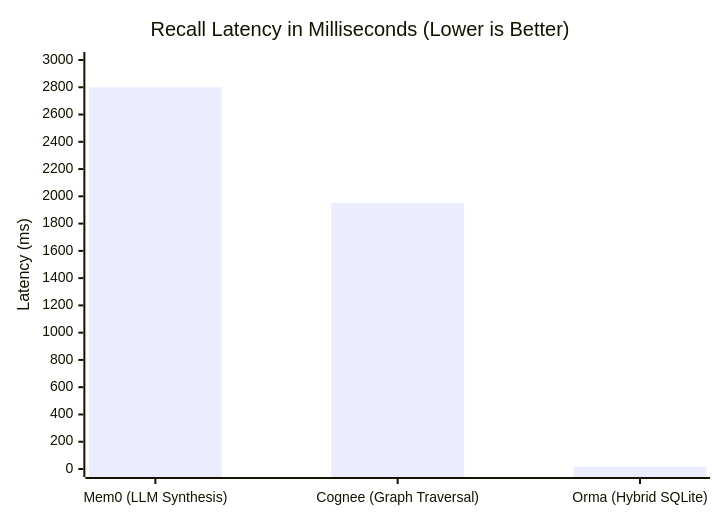
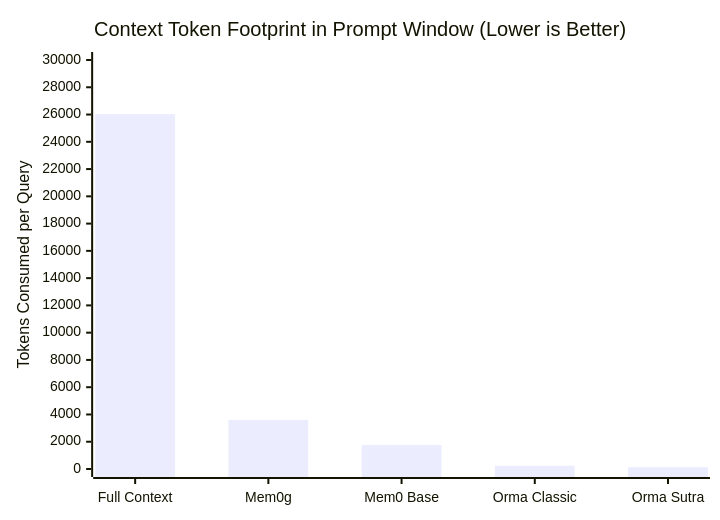
The second of 6 diagrams in README.md (wizardwithcodehazard/orma), drawn with Mermaid before and after one commit. The commit also changed other lines of this file, not shown here.

Commit message:
docs: add peer-reviewed empirical benchmarks from Mem0 (arXiv:2504.19413) and Cognee

````diff
--- a/README.md
+++ b/README.md
@@ -100,7 +105,7 @@
 ```mermaid
 xychart-beta
-    title "Recall Latency in Milliseconds (Lower is Better)"
-    x-axis ["Mem0 (LLM Synthesis)", "Cognee (Graph Traversal)", "Orma (Hybrid SQLite)"]
-    y-axis "Latency (ms)" 0 --> 3000
-    bar [2800, 1950, 18]
+    title "Context Token Footprint in Prompt Window (Lower is Better)"
+    x-axis ["Full Context", "Mem0g", "Mem0 Base", "Orma Classic", "Orma Sutra"]
+    y-axis "Tokens Consumed per Query" 0 --> 30000
+    bar [26031, 3600, 1764, 240, 135]
 ```
````
